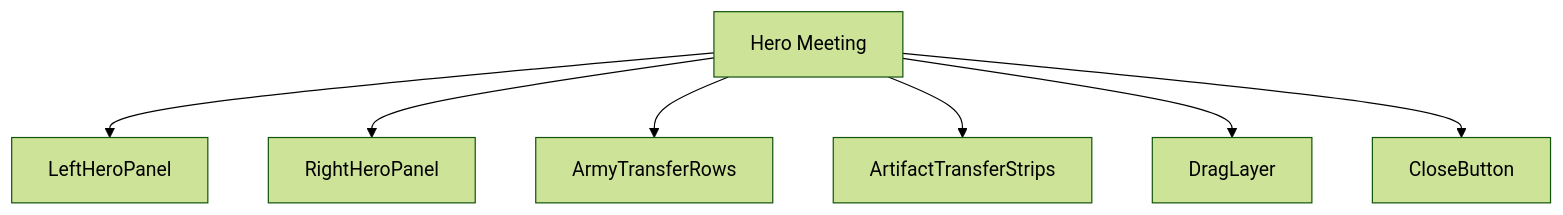
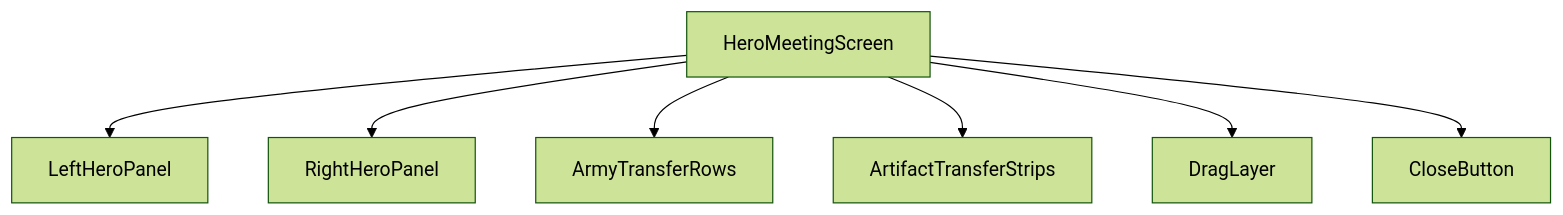
The first of 5 diagrams in docs/architecture/wiki/screens/49-hero-meeting/architecture.md (SunaNoOshiro/Heroes_Reforged_AI_Realms), drawn with Mermaid (forest theme) before and after one commit. The commit also changed other lines of this file and 518 other files, not shown here.

First line of the commit message:
Add doc-audit skill and sweep architecture/screen docs

````diff
--- a/docs/architecture/wiki/screens/49-hero-meeting/architecture.md
+++ b/docs/architecture/wiki/screens/49-hero-meeting/architecture.md
@@ -16,16 +27,10 @@
 ```mermaid
 flowchart TD
-  Root["Hero Meeting"]
-  C0["LeftHeroPanel"]
-  Root --> C0
-  C1["RightHeroPanel"]
-  Root --> C1
-  C2["ArmyTransferRows"]
-  Root --> C2
-  C3["ArtifactTransferStrips"]
-  Root --> C3
-  C4["DragLayer"]
-  Root --> C4
-  C5["CloseButton"]
-  Root --> C5
+  Root["HeroMeetingScreen"]
+  Root --> C0["LeftHeroPanel"]
+  Root --> C1["RightHeroPanel"]
+  Root --> C2["ArmyTransferRows"]
+  Root --> C3["ArtifactTransferStrips"]
+  Root --> C4["DragLayer"]
+  Root --> C5["CloseButton"]
 ```
````
